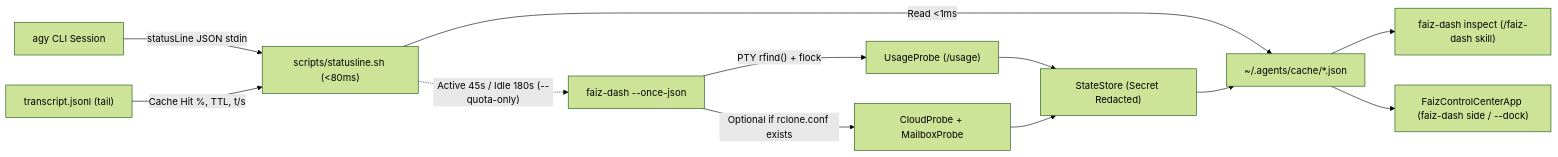
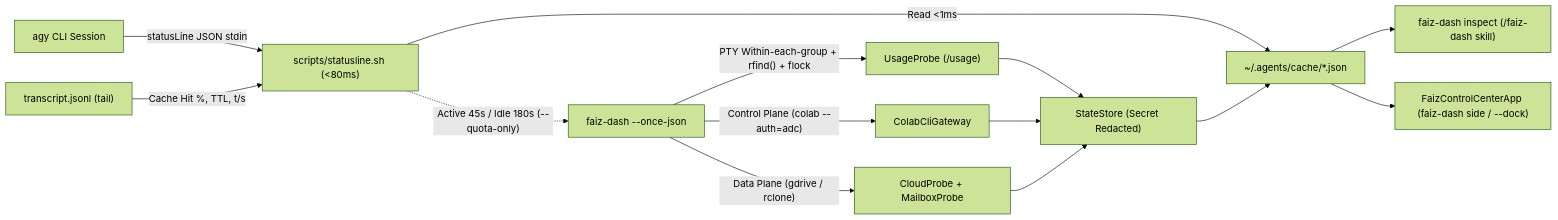
One commit to Jamie-z-Jianmin/faiz-control-center changed the diagram in README.md. Above: the diagram before and after it, drawn with Mermaid (forest theme). The commit also changed other lines of this file and 3 other files, not shown here.

````diff
--- a/README.md
+++ b/README.md
@@ -38,14 +38,16 @@
 ```mermaid
 flowchart LR
     Agy["agy CLI Session"] -->|"statusLine JSON stdin"| SL["scripts/statusline.sh (<80ms)"]
     Transcript["transcript.jsonl (tail)"] -->|"Cache Hit %, TTL, t/s"| SL
     SL -->|"Read <1ms"| Cache["~/.agents/cache/*.json"]
     SL -.->|"Active 45s / Idle 180s (--quota-only)"| Daemon["faiz-dash --once-json"]
-    Daemon -->|"PTY rfind() + flock"| Usage["UsageProbe (/usage)"]
-    Daemon -->|"Optional if rclone.conf exists"| Cloud["CloudProbe + MailboxProbe"]
+    Daemon -->|"PTY Within-each-group + rfind() + flock"| Usage["UsageProbe (/usage)"]
+    Daemon -->|"Control Plane (colab --auth=adc)"| Colab["ColabCliGateway"]
+    Daemon -->|"Data Plane (gdrive / rclone)"| Cloud["CloudProbe + MailboxProbe"]
     Usage --> Store["StateStore (Secret Redacted)"]
+    Colab --> Store
     Cloud --> Store
     Store --> Cache
     Cache --> Inspect["faiz-dash inspect (/faiz-dash skill)"]
     Cache --> TUI["FaizControlCenterApp (faiz-dash side / --dock)"]
 ```
````
